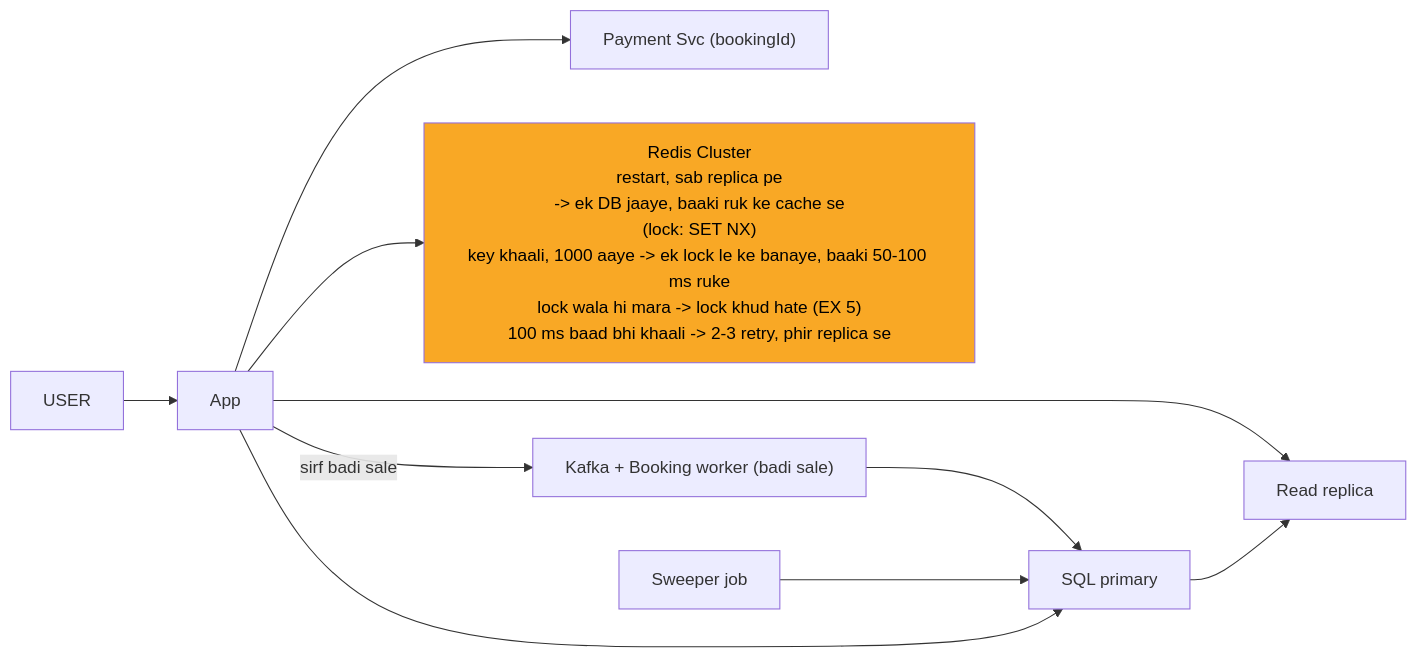
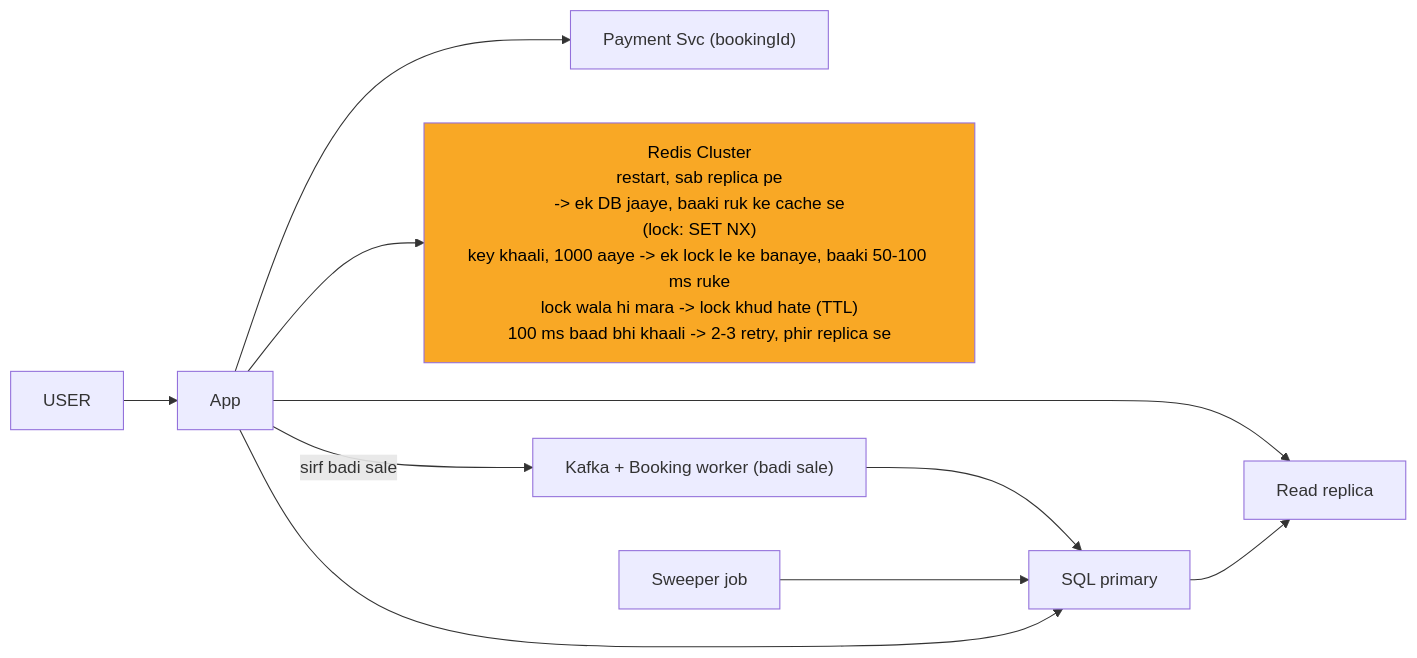
The seventh of 9 diagrams in 04_HLD/SYSTEM_DESIGNS/09_bookmyshow/09_bookmyshow_INTERVIEW.md (ArpanMaheshwari144/Prep), drawn with Mermaid before and after one commit. The commit also changed other lines of this file and 13 other files, not shown here.

````diff
--- a/04_HLD/SYSTEM_DESIGNS/09_bookmyshow/09_bookmyshow_INTERVIEW.md
+++ b/04_HLD/SYSTEM_DESIGNS/09_bookmyshow/09_bookmyshow_INTERVIEW.md
@@ -271,22 +271,22 @@
 ```mermaid
 %%{init: {"flowchart": {"wrappingWidth": 450}}}%%
 flowchart LR
     n_USER["USER"]
     n_App["App"]
     n_Payment_Svc["Payment Svc (bookingId)"]
-    n_Redis["Redis Cluster<br/>restart, sab replica pe<br/>-> ek DB jaaye, baaki ruk ke cache se<br/>(lock: SET NX)<br/>key khaali, 1000 aaye -> ek lock le ke banaye, baaki 50-100 ms ruke<br/>lock wala hi mara -> lock khud hate (EX 5)<br/>100 ms baad bhi khaali -> 2-3 retry, phir replica se"]
+    n_Redis["Redis Cluster<br/>restart, sab replica pe<br/>-> ek DB jaaye, baaki ruk ke cache se<br/>(lock: SET NX)<br/>key khaali, 1000 aaye -> ek lock le ke banaye, baaki 50-100 ms ruke<br/>lock wala hi mara -> lock khud hate (TTL)<br/>100 ms baad bhi khaali -> 2-3 retry, phir replica se"]
     n_Read_replica["Read replica"]
     n_KB["Kafka + Booking worker (badi sale)"]
     n_SQL_primary["SQL primary"]
     n_Sweeper_job["Sweeper job"]
     n_USER --> n_App
     n_App --> n_Payment_Svc
     n_App --> n_Redis
     n_App --> n_Read_replica
     n_App -->|sirf badi sale| n_KB
     n_KB --> n_SQL_primary
     n_Sweeper_job --> n_SQL_primary
     n_App --> n_SQL_primary
     n_SQL_primary --> n_Read_replica
     style n_Redis fill:#f9a825,color:#000
 ```
````
